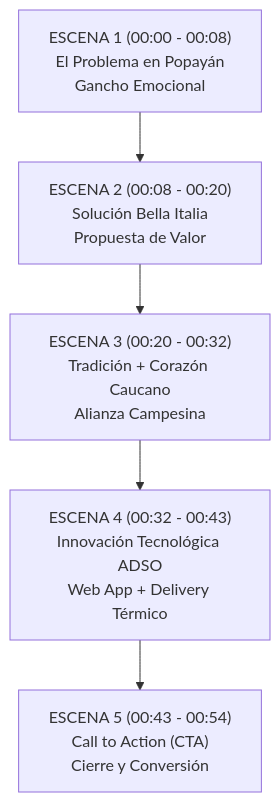
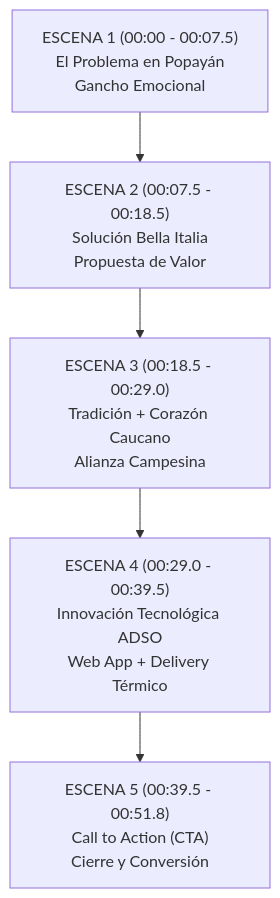
Before and after one commit to kyulianacampogutierrez-ux/Evidencias: the diagram in PET-055_GA10-240201529-AA2-EV01_Pitch_Idea_Negocio/docs/GUION_TECNICO_PITCH_TIKTOK.md, drawn with Mermaid. The commit also changed other lines of this file and 20 other files, not shown here.

````diff
--- a/PET-055_GA10-240201529-AA2-EV01_Pitch_Idea_Negocio/docs/GUION_TECNICO_PITCH_TIKTOK.md
+++ b/PET-055_GA10-240201529-AA2-EV01_Pitch_Idea_Negocio/docs/GUION_TECNICO_PITCH_TIKTOK.md
@@ -65,7 +65,7 @@
 ```mermaid
 flowchart TD
-    E1["ESCENA 1 (00:00 - 00:08)\nEl Problema en Popayán\nGancho Emocional"] --> E2["ESCENA 2 (00:08 - 00:20)\nSolución Bella Italia\nPropuesta de Valor"]
-    E2 --> E3["ESCENA 3 (00:20 - 00:32)\nTradición + Corazón Caucano\nAlianza Campesina"]
-    E3 --> E4["ESCENA 4 (00:32 - 00:43)\nInnovación Tecnológica ADSO\nWeb App + Delivery Térmico"]
-    E4 --> E5["ESCENA 5 (00:43 - 00:54)\nCall to Action (CTA)\nCierre y Conversión"]
+    E1["ESCENA 1 (00:00 - 00:07.5)\nEl Problema en Popayán\nGancho Emocional"] --> E2["ESCENA 2 (00:07.5 - 00:18.5)\nSolución Bella Italia\nPropuesta de Valor"]
+    E2 --> E3["ESCENA 3 (00:18.5 - 00:29.0)\nTradición + Corazón Caucano\nAlianza Campesina"]
+    E3 --> E4["ESCENA 4 (00:29.0 - 00:39.5)\nInnovación Tecnológica ADSO\nWeb App + Delivery Térmico"]
+    E4 --> E5["ESCENA 5 (00:39.5 - 00:51.8)\nCall to Action (CTA)\nCierre y Conversión"]
 ```
````
